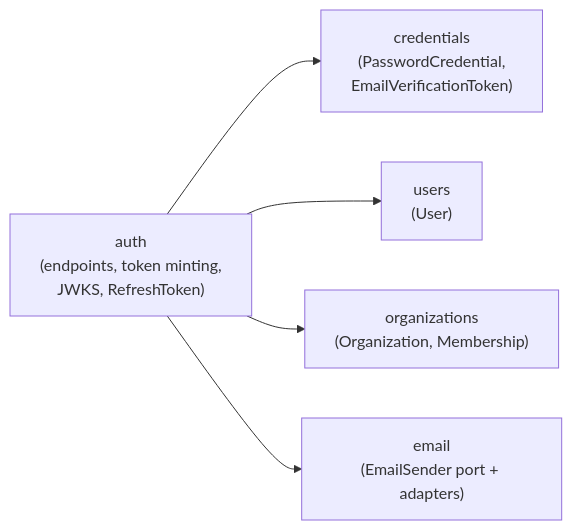
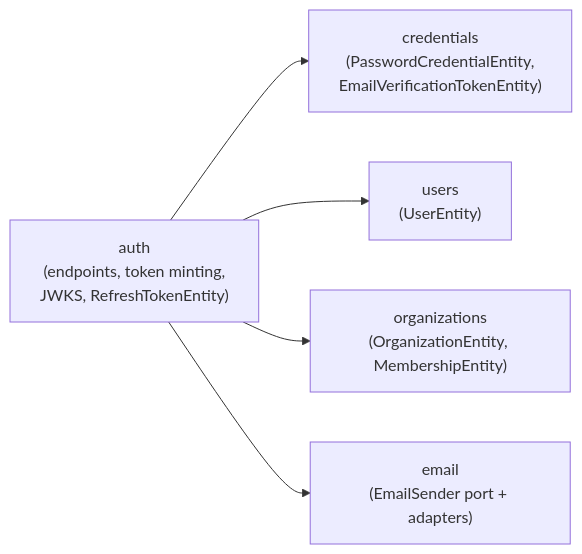
Before and after one commit to Zarlania/zarlania-api: the diagram in docs/references/000002-authentication-and-tokens.md, drawn with Mermaid. The commit also changed other lines of this file and 92 other files, not shown here.

````diff
--- a/docs/references/000002-authentication-and-tokens.md
+++ b/docs/references/000002-authentication-and-tokens.md
@@ -53,13 +54,13 @@
 ```mermaid
 flowchart LR
-  auth["auth\n(endpoints, token minting,\nJWKS, RefreshToken)"]
-  credentials["credentials\n(PasswordCredential,\nEmailVerificationToken)"]
-  users["users\n(User)"]
-  organizations["organizations\n(Organization, Membership)"]
+  auth["auth\n(endpoints, token minting,\nJWKS, RefreshTokenEntity)"]
+  credentials["credentials\n(PasswordCredentialEntity,\nEmailVerificationTokenEntity)"]
+  users["users\n(UserEntity)"]
+  organizations["organizations\n(OrganizationEntity, MembershipEntity)"]
   email["email\n(EmailSender port + adapters)"]
 
   auth --> credentials
   auth --> users
   auth --> organizations
   auth --> email
 ```
````
